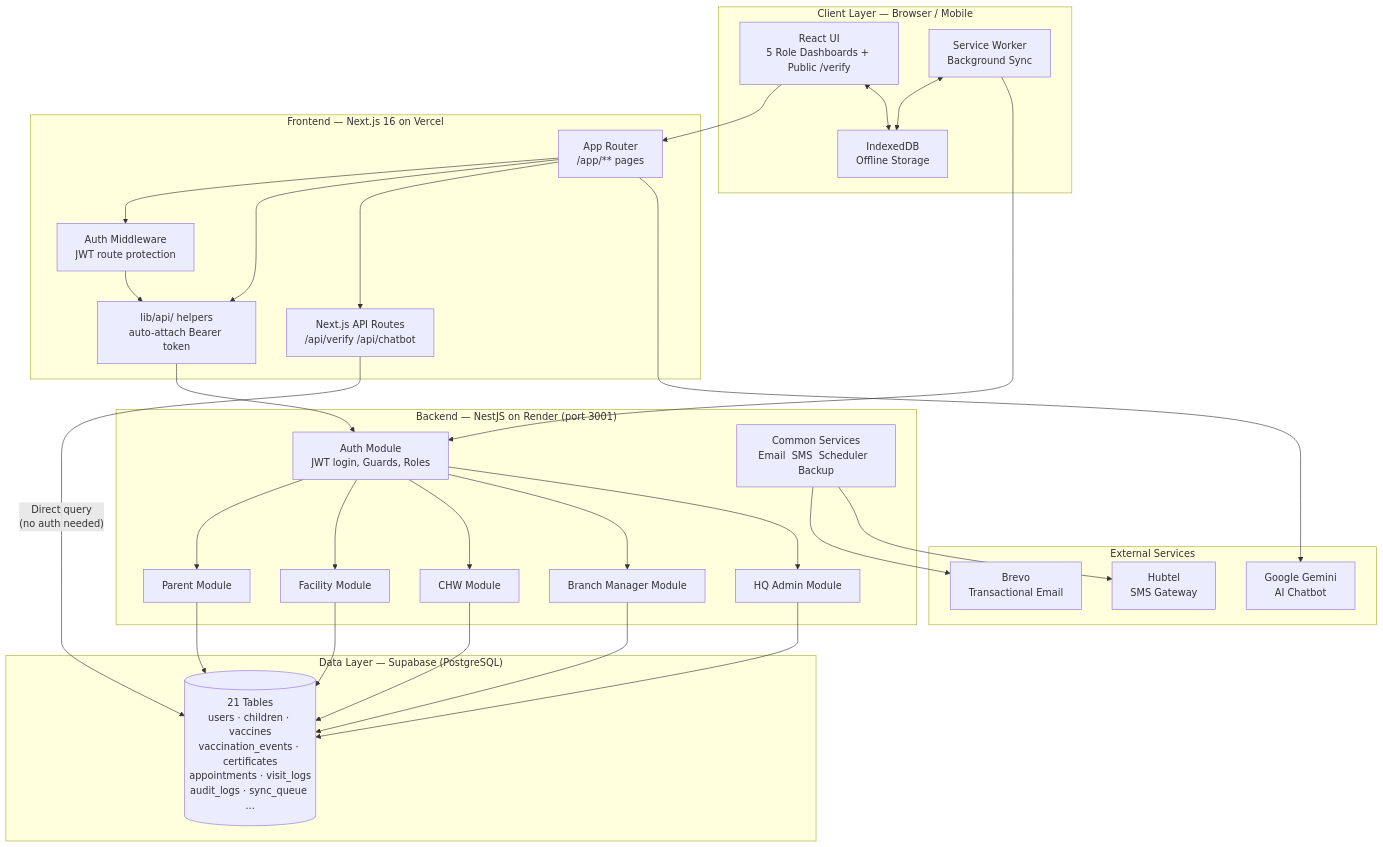
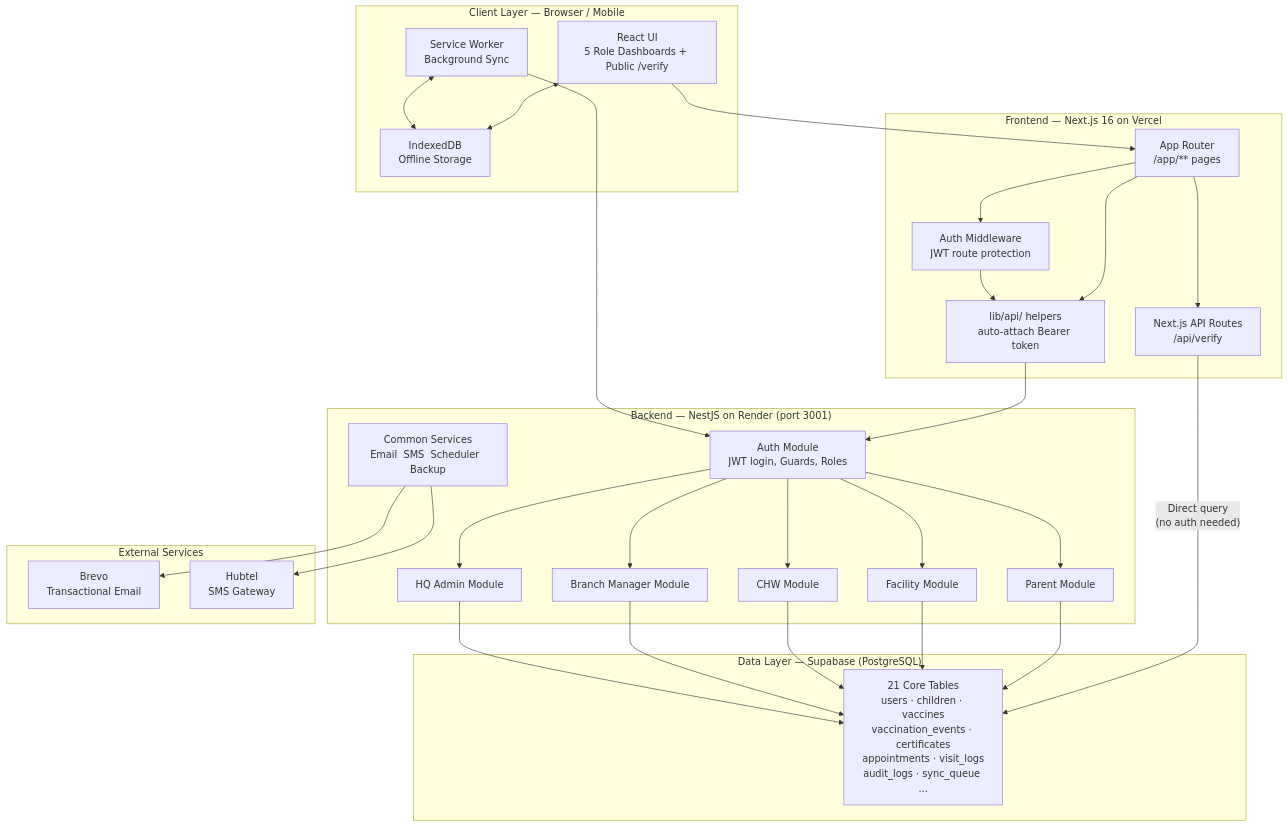
One commit to Juny-max/child-vaccination-system changed diagram 13 of 13 in docs/CHAPTER-4-DIAGRAMS.md. Above: the diagram before and after it, drawn with Mermaid. The commit also changed other lines of this file and 67 other files, not shown here.

Commit message:
docs: add chapter 4 diagram export pack and improve use-case layout

````diff
--- a/docs/CHAPTER-4-DIAGRAMS.md
+++ b/docs/CHAPTER-4-DIAGRAMS.md
@@ -642,63 +673,61 @@
 ```mermaid
 flowchart TD
   subgraph Client["Client Layer — Browser / Mobile"]
     ReactUI["React UI\n5 Role Dashboards + Public /verify"]
     IndexedDB["IndexedDB\nOffline Storage"]
     ServiceWorker["Service Worker\nBackground Sync"]
   end
 
   subgraph NextJS["Frontend — Next.js 16 on Vercel"]
     AppRouter["App Router\n/app/** pages"]
-    NextAPIRoutes["Next.js API Routes\n/api/verify  /api/chatbot"]
+    NextAPIRoutes["Next.js API Routes\n/api/verify"]
     AuthMiddleware["Auth Middleware\nJWT route protection"]
     LibAPI["lib/api/ helpers\nauto-attach Bearer token"]
   end
 
   subgraph NestJS["Backend — NestJS on Render (port 3001)"]
     AuthMod["Auth Module\nJWT login, Guards, Roles"]
     ParentMod["Parent Module"]
     FacilityMod["Facility Module"]
     CHWMod["CHW Module"]
     BranchMod["Branch Manager Module"]
     HQMod["HQ Admin Module"]
     Common["Common Services\nEmail  SMS  Scheduler  Backup"]
   end
 
   subgraph DataLayer["Data Layer — Supabase (PostgreSQL)"]
-    SupabaseDB[("21 Tables\nusers · children · vaccines\nvaccination_events · certificates\nappointments · visit_logs\naudit_logs · sync_queue ...")]
+    SupabaseDB["21 Core Tables\nusers · children · vaccines\nvaccination_events · certificates\nappointments · visit_logs\naudit_logs · sync_queue ..."]
   end
 
   subgraph External["External Services"]
     Brevo["Brevo\nTransactional Email"]
     Hubtel["Hubtel\nSMS Gateway"]
-    Gemini["Google Gemini\nAI Chatbot"]
   end
 
   ReactUI --> AppRouter
   ReactUI <--> IndexedDB
   ServiceWorker <--> IndexedDB
   AppRouter --> AuthMiddleware
   AppRouter --> LibAPI
   AppRouter --> NextAPIRoutes
   AuthMiddleware --> LibAPI
 
   NextAPIRoutes -->|"Direct query\n(no auth needed)"| SupabaseDB
   LibAPI --> AuthMod
 
   AuthMod --> ParentMod
   AuthMod --> FacilityMod
   AuthMod --> CHWMod
   AuthMod --> BranchMod
   AuthMod --> HQMod
 
   ParentMod --> SupabaseDB
   FacilityMod --> SupabaseDB
   CHWMod --> SupabaseDB
   BranchMod --> SupabaseDB
   HQMod --> SupabaseDB
 
   Common --> Brevo
   Common --> Hubtel
   ServiceWorker --> AuthMod
-  AppRouter --> Gemini
 ```
````
